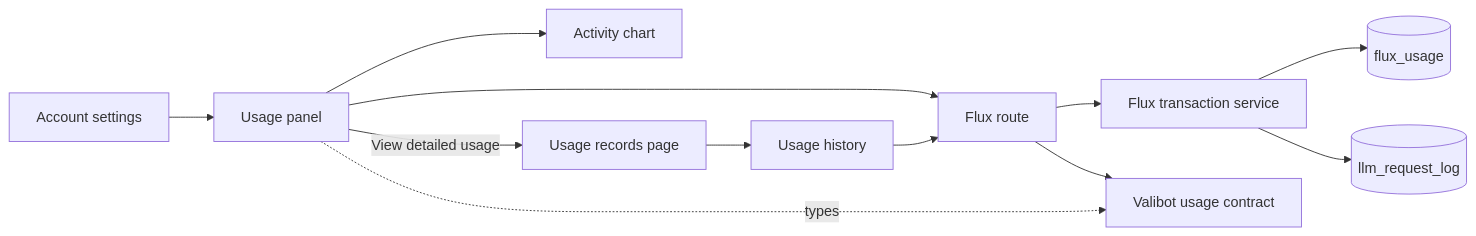
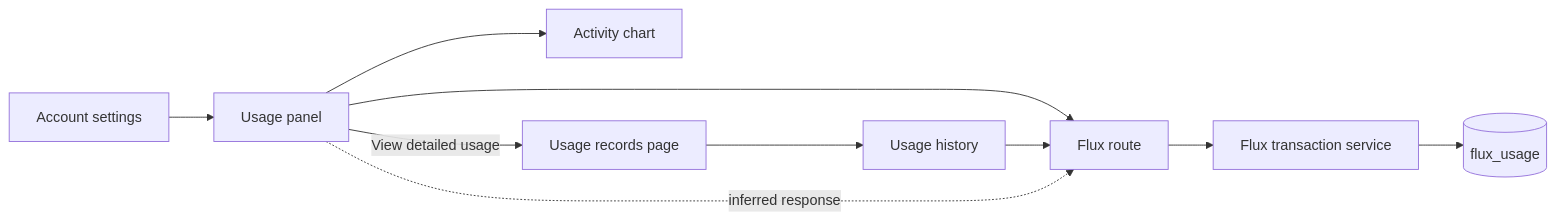
The first of 2 diagrams in server/docs/ai/adr/2026-10-25-flux-usage-charts.md (moeru-ai/airi), drawn with Mermaid before and after one commit. The commit also changed other lines of this file and 22 other files, not shown here.

````diff
--- a/server/docs/ai/adr/2026-10-25-flux-usage-charts.md
+++ b/server/docs/ai/adr/2026-10-25-flux-usage-charts.md
@@ -31,14 +35,12 @@
 ```mermaid
 flowchart LR
   Page[Account settings] --> Panel[Usage panel]
   Panel --> Chart[Activity chart]
   Panel --> Route[Flux route]
   Panel -->|View detailed usage| HistoryPage[Usage records page]
   HistoryPage --> History[Usage history]
   History --> Route
   Route --> Service[Flux transaction service]
   Service --> Usage[(flux_usage)]
-  Service --> Requests[(llm_request_log)]
-  Route --> Contract[Valibot usage contract]
-  Panel -. types .-> Contract
+  Panel -. inferred response .-> Route
 ```
````
